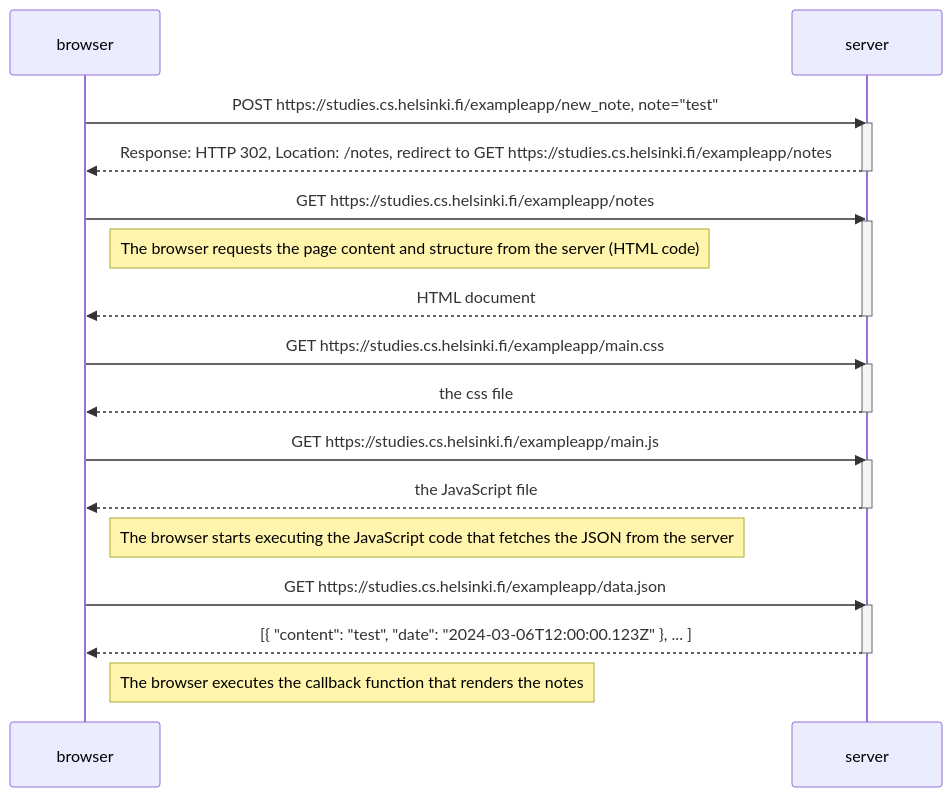
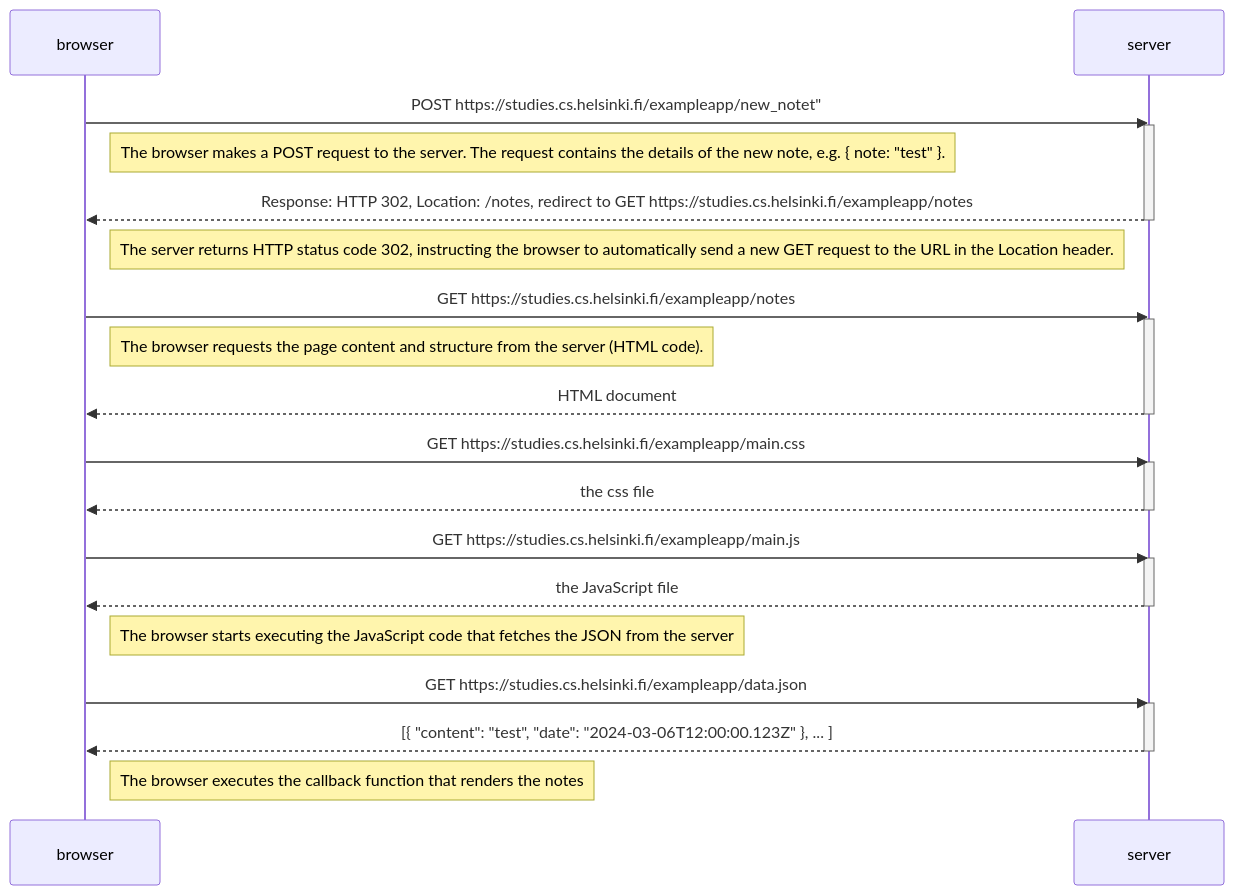
Before and after one commit to Maahantuoja/mooc_fullstackopen_palautusrepositorio: the diagram in osa0/README.md, drawn with Mermaid.

````diff
--- a/osa0/README.md
+++ b/osa0/README.md
@@ -5,37 +5,42 @@
 ```mermaid
 sequenceDiagram
     participant browser
     participant server
     
-    browser->>server: POST https://studies.cs.helsinki.fi/exampleapp/new_note, note="test"
+    browser->>server: POST https://studies.cs.helsinki.fi/exampleapp/new_notet"
     activate server
+
+    Note right of browser: The browser makes a POST request to the server. The request contains the details of the new note, e.g. { note: "test" }.
+
     server-->>browser: Response: HTTP 302, Location: /notes, redirect to GET https://studies.cs.helsinki.fi/exampleapp/notes
     deactivate server
+
+    Note left of server: The server returns HTTP status code 302, instructing the browser to automatically send a new GET request to the URL in the Location header.
 
     browser->>server: GET https://studies.cs.helsinki.fi/exampleapp/notes
     activate server
 
-    Note right of browser: The browser requests the page content and structure from the server (HTML code)
+    Note right of browser: The browser requests the page content and structure from the server (HTML code).
 
     server-->>browser: HTML document
     deactivate server
 
     browser->>server: GET https://studies.cs.helsinki.fi/exampleapp/main.css
     activate server
     server-->>browser: the css file
     deactivate server
     
     browser->>server: GET https://studies.cs.helsinki.fi/exampleapp/main.js
     activate server
     server-->>browser: the JavaScript file
     deactivate server
     
     Note right of browser: The browser starts executing the JavaScript code that fetches the JSON from the server
     
     browser->>server: GET https://studies.cs.helsinki.fi/exampleapp/data.json
     activate server
     server-->>browser: [{ "content": "test", "date": "2024-03-06T12:00:00.123Z" }, ... ]
     deactivate server    
 
     Note right of browser: The browser executes the callback function that renders the notes 
 ```
````
